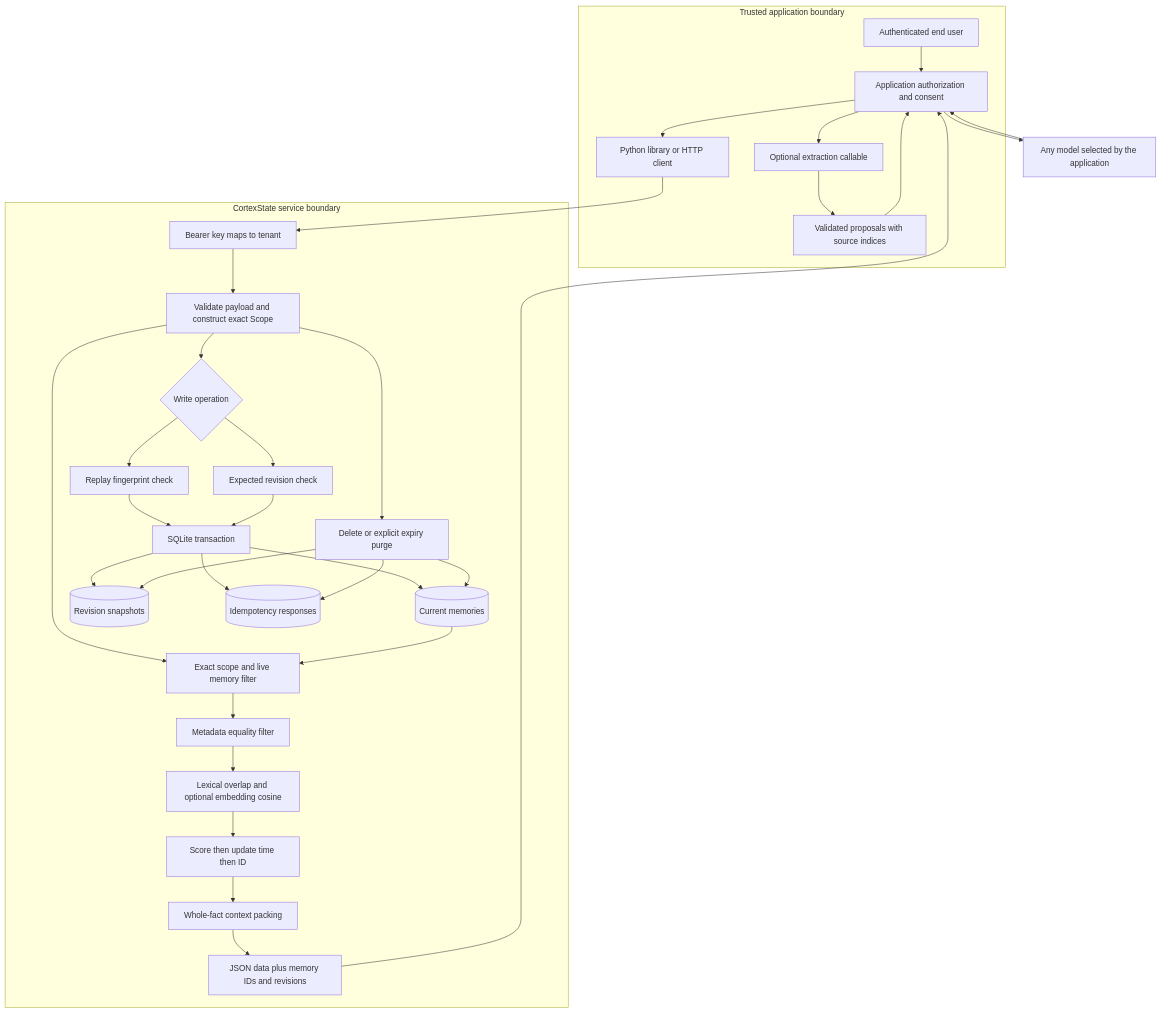
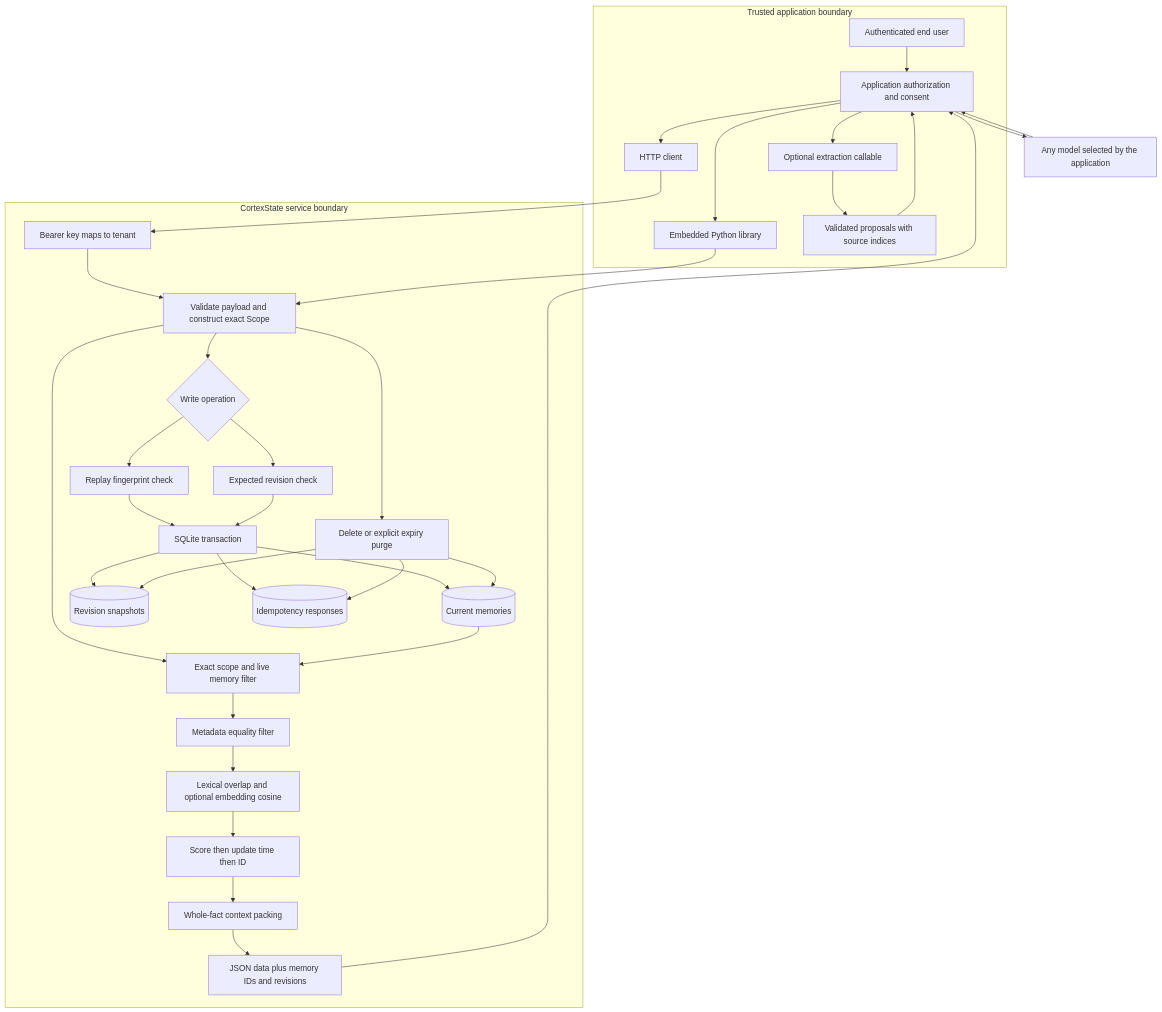
The first of 5 diagrams in docs/ARCHITECTURE.md (bijit-ghosh/CortexState), drawn with Mermaid before and after one commit. The commit also changed other lines of this file and 10 other files, not shown here.

Commit message:
Expand CortexState architecture, usage guides and runnable support workflow

````diff
--- a/docs/ARCHITECTURE.md
+++ b/docs/ARCHITECTURE.md
@@ -5,36 +5,38 @@
 ```mermaid
 flowchart TB
   subgraph Caller[Trusted application boundary]
     U[Authenticated end user] --> APP[Application authorization and consent]
-    APP --> SDK[Python library or HTTP client]
+    APP --> SDK[HTTP client]
+    APP --> LOCAL[Embedded Python library]
     APP --> EXT[Optional extraction callable]
     EXT --> REVIEW[Validated proposals with source indices]
     REVIEW --> APP
   end
   subgraph Service[CortexState service boundary]
     SDK --> AUTH[Bearer key maps to tenant]
     AUTH --> VALID[Validate payload and construct exact Scope]
+    LOCAL --> VALID
     VALID --> WRITE{Write operation}
     WRITE --> IDEM[Replay fingerprint check]
     WRITE --> REV[Expected revision check]
     IDEM --> TX[SQLite transaction]
     REV --> TX
     TX --> MEM[(Current memories)]
     TX --> HIST[(Revision snapshots)]
     TX --> REPLAY[(Idempotency responses)]
     VALID --> READ[Exact scope and live memory filter]
     MEM --> READ
     READ --> META[Metadata equality filter]
     META --> SCORE[Lexical overlap and optional embedding cosine]
     SCORE --> SORT[Score then update time then ID]
     SORT --> PACK[Whole-fact context packing]
     PACK --> RESULT[JSON data plus memory IDs and revisions]
     VALID --> ERASE[Delete or explicit expiry purge]
     ERASE --> MEM
     ERASE --> HIST
     ERASE --> REPLAY
   end
   RESULT --> APP
   APP --> MODEL[Any model selected by the application]
   MODEL --> APP
 ```
````
